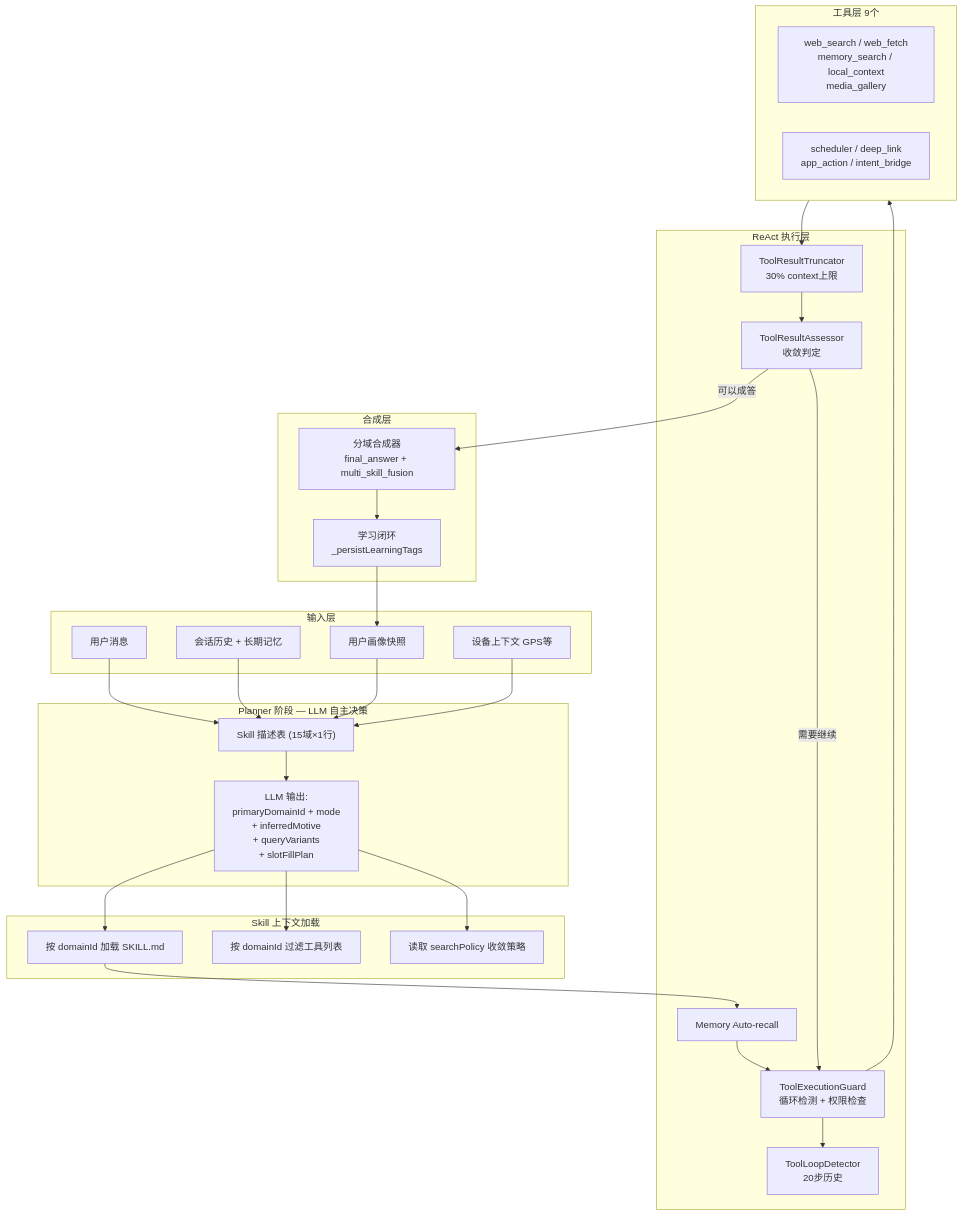
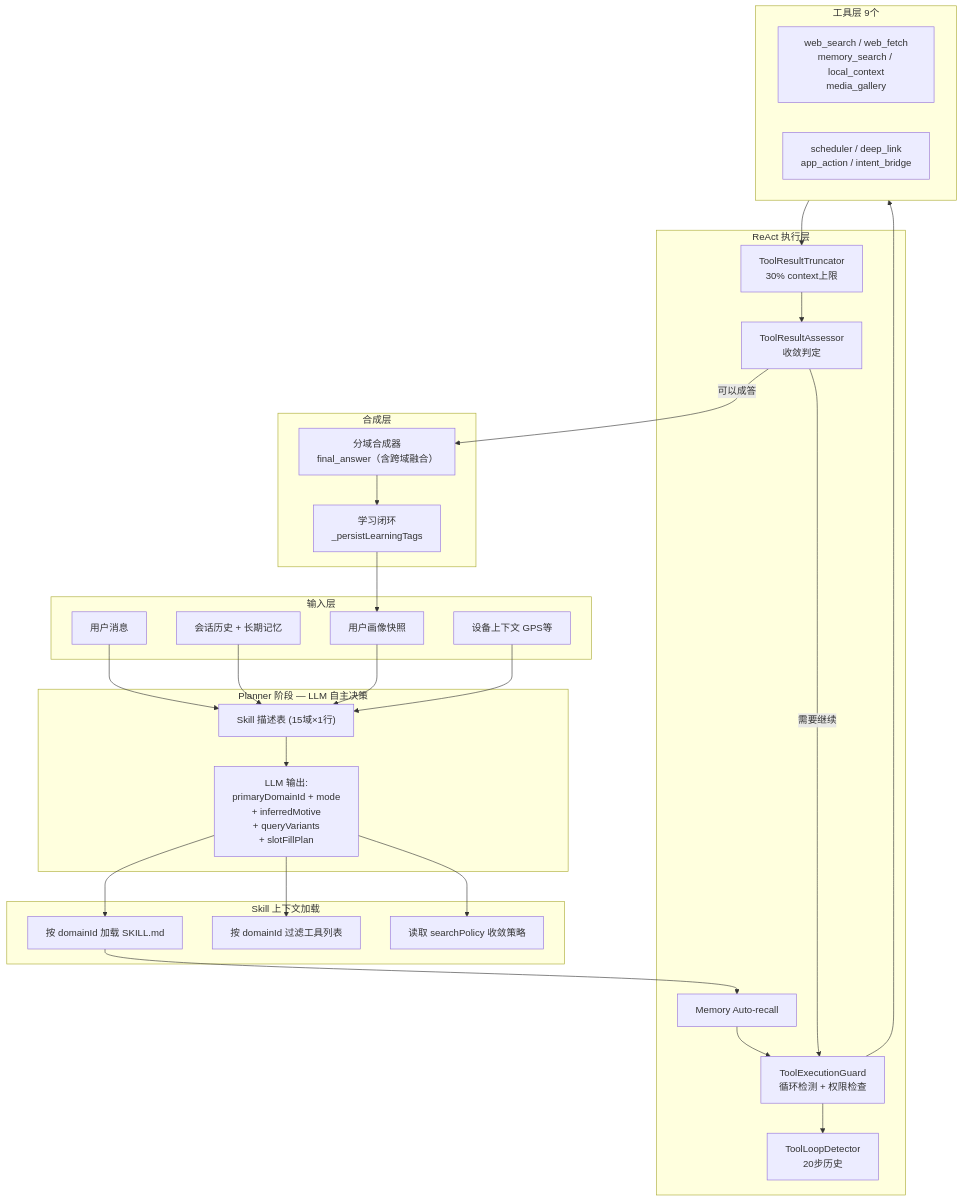
One commit to openstudio2022/quwoquan changed the diagram in quwoquan_app/assistant/docs/architecture_overview.md. Above: the diagram before and after it, drawn with Mermaid. The commit also changed other lines of this file and 255 other files, not shown here.

````diff
--- a/quwoquan_app/assistant/docs/architecture_overview.md
+++ b/quwoquan_app/assistant/docs/architecture_overview.md
@@ -33,60 +33,60 @@
 ```mermaid
 flowchart TB
     subgraph input [输入层]
         UserQuery[用户消息]
         History[会话历史 + 长期记忆]
         Profile[用户画像快照]
         Context[设备上下文 GPS等]
     end
 
     subgraph planner [Planner 阶段 — LLM 自主决策]
         SkillCatalog["Skill 描述表 (15域×1行)"]
         LLMPlan["LLM 输出:\nprimaryDomainId + mode\n+ inferredMotive\n+ queryVariants\n+ slotFillPlan"]
     end
 
     subgraph skillLoad [Skill 上下文加载]
         LoadSKILL[按 domainId 加载 SKILL.md]
         LoadTools[按 domainId 过滤工具列表]
         LoadPolicy[读取 searchPolicy 收敛策略]
     end
 
     subgraph react [ReAct 执行层]
         AutoRecall[Memory Auto-recall]
         Guard[ToolExecutionGuard\n循环检测 + 权限检查]
         LoopDetector[ToolLoopDetector\n20步历史]
         Truncator[ToolResultTruncator\n30% context上限]
         Assessor[ToolResultAssessor\n收敛判定]
     end
 
     subgraph tools [工具层 9个]
         SearchTools["web_search / web_fetch\nmemory_search / local_context\nmedia_gallery"]
         ActionTools["scheduler / deep_link\napp_action / intent_bridge"]
     end
 
     subgraph synthesis [合成层]
-        Synthesizer[分域合成器\nfinal_answer + multi_skill_fusion]
+        Synthesizer[分域合成器\nfinal_answer（含跨域融合）]
         Learning[学习闭环\n_persistLearningTags]
     end
 
     UserQuery --> SkillCatalog
     History --> SkillCatalog
     Profile --> SkillCatalog
     Context --> SkillCatalog
     SkillCatalog --> LLMPlan
 
     LLMPlan --> LoadSKILL
     LLMPlan --> LoadTools
     LLMPlan --> LoadPolicy
 
     LoadSKILL --> AutoRecall
     AutoRecall --> Guard
     Guard --> LoopDetector
     Guard --> tools
     tools --> Truncator
     Truncator --> Assessor
     Assessor -->|"需要继续"| Guard
     Assessor -->|"可以成答"| Synthesizer
 
     Synthesizer --> Learning
     Learning --> Profile
 ```
````
